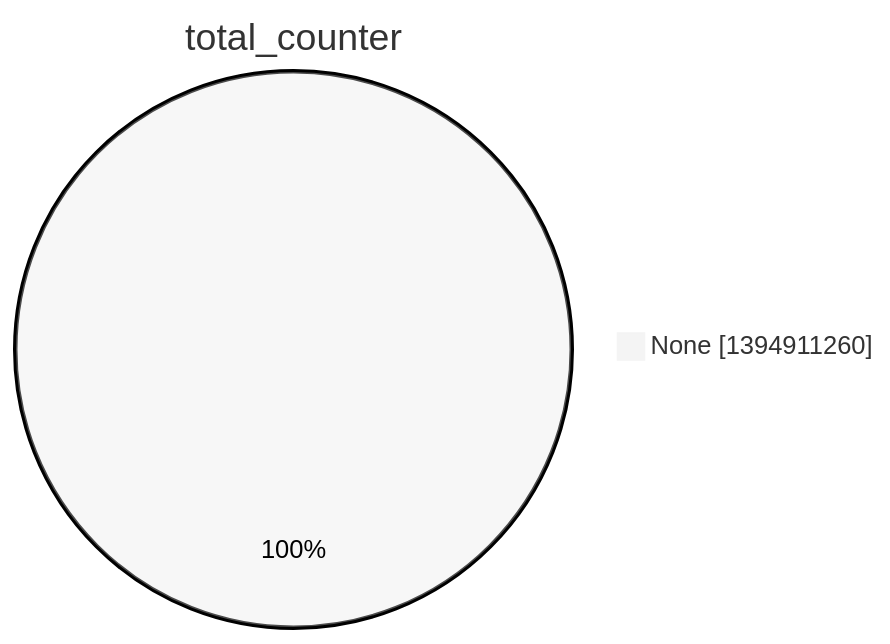
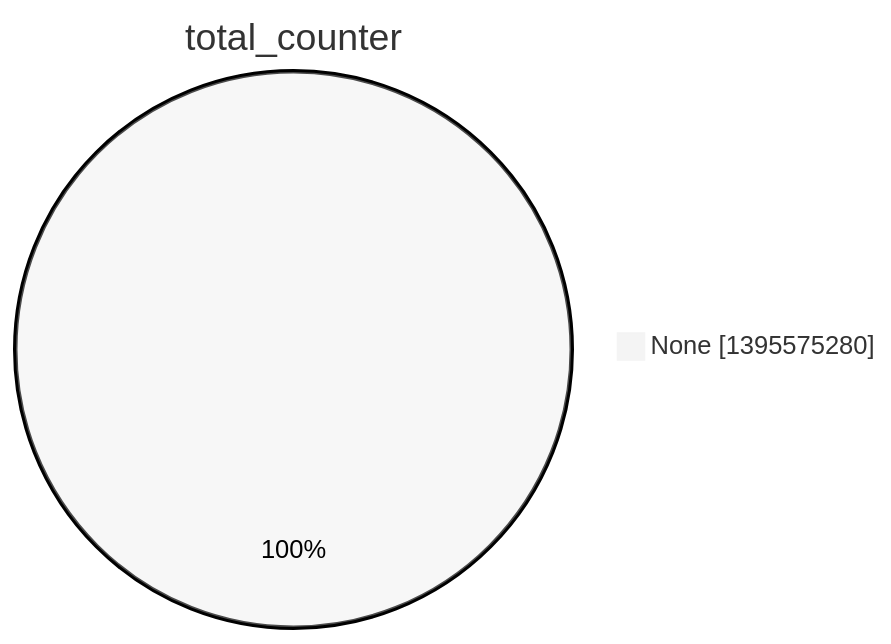
The second of 15 diagrams in argon2022/README.md (christiankrug/ctmonitor_visualization), drawn with Mermaid (neutral theme) before and after one commit. The commit also changed other lines of this file, not shown here.

````diff
--- a/argon2022/README.md
+++ b/argon2022/README.md
@@ -9,5 +9,5 @@
 ```mermaid
 pie showData
 title total_counter
-"None" :1394911260
+"None" :1395575280
 ```
````
